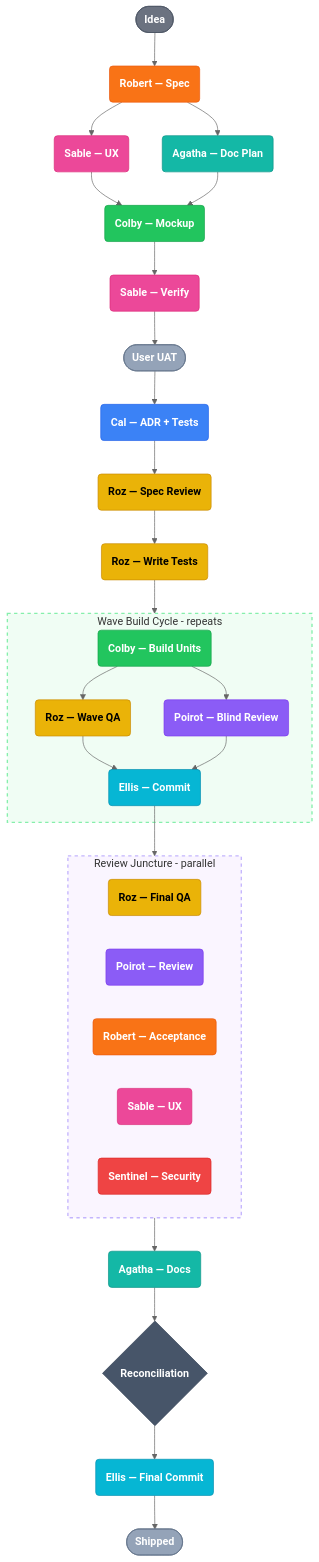
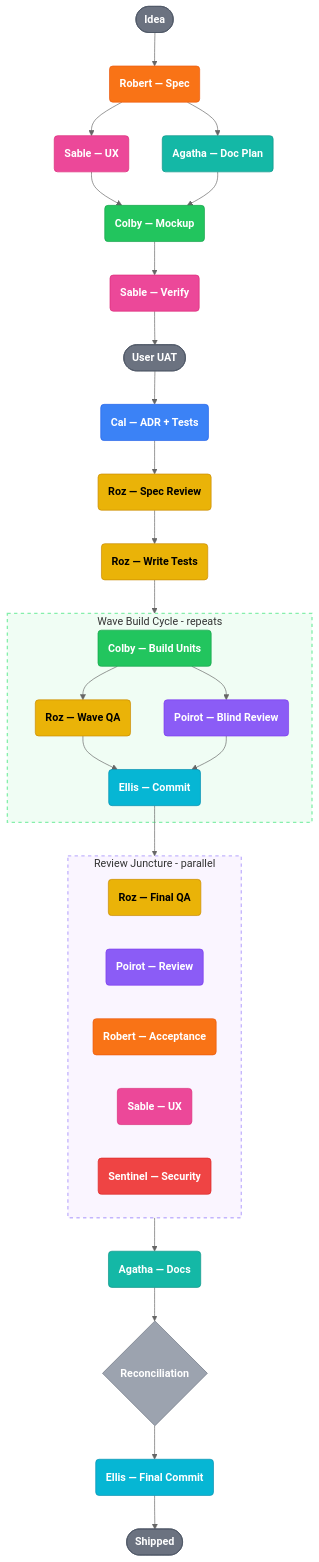
The diagram in README.md (robertsfeir/atelier-pipeline), drawn with Mermaid (neutral theme) before and after one commit. The commit also changed other lines of this file, not shown here.

Commit message:
docs: remove stale What's New sections, fix diagram contrast, Cursor parity in README

````diff
--- a/README.md
+++ b/README.md
@@ -173,53 +171,53 @@
 ```mermaid
 flowchart TD
     IDEA([Idea]):::system --> ROBERT(Robert — Spec):::robert
     ROBERT --> SABLE_UX(Sable — UX):::sable
     ROBERT --> AGATHA_PLAN(Agatha — Doc Plan):::agatha
     SABLE_UX --> COLBY_MOCK(Colby — Mockup):::colby
     AGATHA_PLAN --> COLBY_MOCK
     COLBY_MOCK --> SABLE_V(Sable — Verify):::sable
     SABLE_V --> UAT([User UAT]):::user
     UAT --> CAL(Cal — ADR + Tests):::cal
     CAL --> ROZ_SPEC(Roz — Spec Review):::roz
     ROZ_SPEC --> ROZ_WRITE(Roz — Write Tests):::roz
 
     ROZ_WRITE --> BUILD
 
     subgraph BUILD [Wave Build Cycle - repeats]
         COLBY_B(Colby — Build Units):::colby --> QA_SPLIT
         QA_SPLIT(Roz — Wave QA):::roz --> ELLIS_W(Ellis — Commit):::ellis
         POIROT_W(Poirot — Blind Review):::poirot --> ELLIS_W
         COLBY_B --> POIROT_W
     end
 
     ELLIS_W --> REVIEW
 
     subgraph REVIEW [Review Juncture - parallel]
         ROZ_F(Roz — Final QA):::roz
         POIROT_F(Poirot — Review):::poirot
         ROBERT_F(Robert — Acceptance):::robert
         SABLE_F(Sable — UX):::sable
         SENTINEL_F(Sentinel — Security):::sentinel
     end
 
     REVIEW --> AGATHA(Agatha — Docs):::agatha
     AGATHA --> RECONCILE{Reconciliation}:::gate
     RECONCILE --> ELLIS_F(Ellis — Final Commit):::ellis
     ELLIS_F --> DONE([Shipped]):::user
 
     classDef cal fill:#3b82f6,stroke:#2563eb,color:#fff,font-weight:bold
     classDef colby fill:#22c55e,stroke:#16a34a,color:#fff,font-weight:bold
     classDef roz fill:#eab308,stroke:#ca8a04,color:#000,font-weight:bold
     classDef ellis fill:#06b6d4,stroke:#0891b2,color:#fff,font-weight:bold
     classDef robert fill:#f97316,stroke:#ea580c,color:#fff,font-weight:bold
     classDef sable fill:#ec4899,stroke:#db2777,color:#fff,font-weight:bold
     classDef poirot fill:#8b5cf6,stroke:#7c3aed,color:#fff,font-weight:bold
     classDef agatha fill:#14b8a6,stroke:#0d9488,color:#fff,font-weight:bold
     classDef sentinel fill:#ef4444,stroke:#dc2626,color:#fff,font-weight:bold
     classDef system fill:#6b7280,stroke:#4b5563,color:#fff,font-weight:bold
-    classDef user fill:#94a3b8,stroke:#64748b,color:#fff,font-weight:bold
-    classDef gate fill:#475569,stroke:#334155,color:#fff,font-weight:bold
+    classDef user fill:#6b7280,stroke:#4b5563,color:#fff,font-weight:bold
+    classDef gate fill:#9ca3af,stroke:#6b7280,color:#fff,font-weight:bold
 
     style BUILD fill:#f0fdf4,stroke:#86efac,stroke-width:2px,stroke-dasharray:5 5
     style REVIEW fill:#faf5ff,stroke:#c4b5fd,stroke-width:2px,stroke-dasharray:5 5
 ```
````
